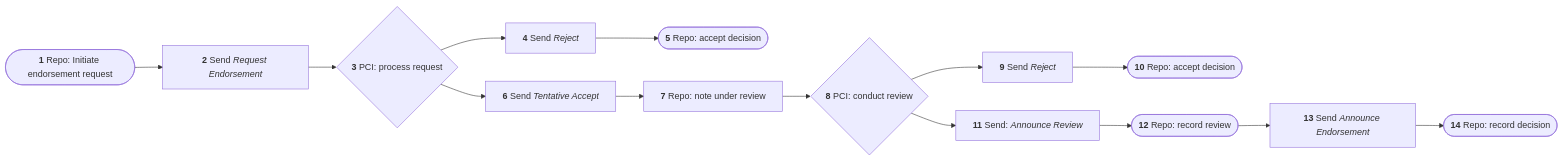
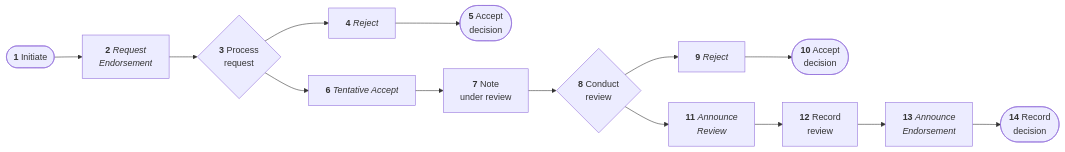
The diagram in webroot/content/catalogue/workflows/67680ceb-327b-4a5a-8fb9-4d396fca2570/_index.md (coar-notify/coar-notify.net), drawn with Mermaid before and after one commit. The commit also changed other lines of this file and 16 other files, not shown here.

````diff
--- a/webroot/content/catalogue/workflows/67680ceb-327b-4a5a-8fb9-4d396fca2570/_index.md
+++ b/webroot/content/catalogue/workflows/67680ceb-327b-4a5a-8fb9-4d396fca2570/_index.md
@@ -17,31 +17,41 @@
 ```mermaid
 flowchart LR
-    1(["`**1** Repo: Initiate endorsement request`"])
-    2["`**2** Send *Request Endorsement*`"]
-    3{"`**3** PCI: process request`"}
-    4["`**4** Send *Reject*`"]
-    5(["`**5** Repo: accept decision`"])
-    6["`**6** Send *Tentative Accept*`"]
-    7["`**7** Repo: note under review`"]
-    8{"`**8** PCI: conduct review`"}
-    9["`**9** Send *Reject*`"]
-    10(["`**10** Repo: accept decision`"])
-    11["`**11** Send: *Announce Review*`"]
-    12(["`**12** Repo: record review`"])
-    13["`**13** Send *Announce Endorsement*`"]
-    14(["`**14** Repo: record decision`"])
+    1(["`**1** Initiate`"])
+    2["`**2** *Request
+    Endorsement*`"]
+    3{"`**3** Process
+    request`"}
+    4["`**4** *Reject*`"]
+    5(["`**5** Accept
+    decision`"])
+    6["`**6** *Tentative Accept*`"]
+    7["`**7** Note
+    under review`"]
+    8{"`**8** Conduct
+    review`"}
+    9["`**9** *Reject*`"]
+    10(["`**10** Accept
+    decision`"])
+    11["`**11** *Announce
+    Review*`"]
+    12["`**12** Record
+    review`"]
+    13["`**13** *Announce
+    Endorsement*`"]
+    14(["`**14** Record
+    decision`"])
     
     1 --> 2
     2 --> 3
     3 --> 4
     4 --> 5
     3 --> 6
     6 --> 7
     7 --> 8
     8 --> 9
     9 --> 10
     8 --> 11
     11 --> 12
     12 --> 13
     13 --> 14
 ```
````
